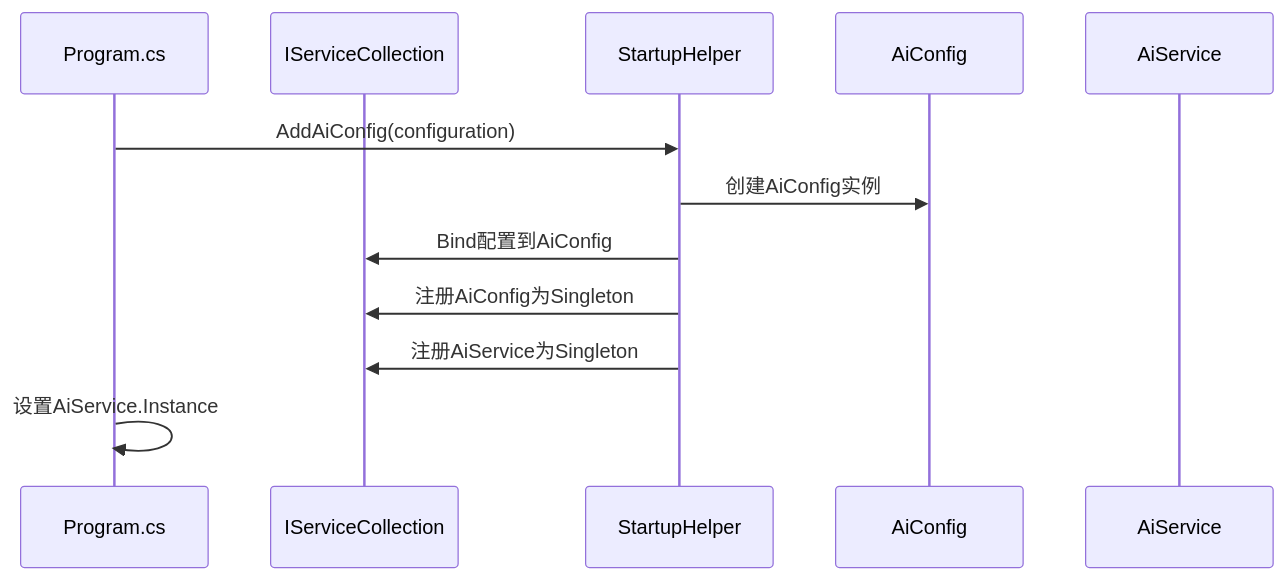
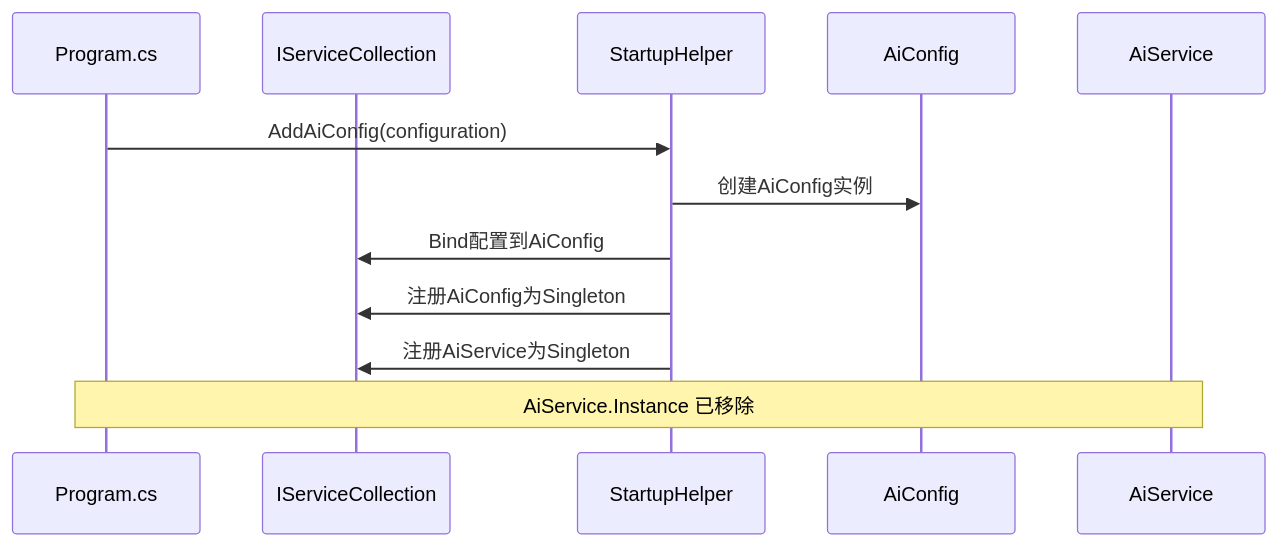
Before and after one commit to Sosososolong/AirGo: the fifth of 6 diagrams in .qoder/repowiki/zh/content/工具库详解/AI服务.md, drawn with Mermaid. The commit also changed other lines of this file and 13 other files, not shown here.

````diff
--- a/.qoder/repowiki/zh/content/工具库详解/AI服务.md
+++ b/.qoder/repowiki/zh/content/工具库详解/AI服务.md
@@ -187,14 +197,14 @@
 ```mermaid
 sequenceDiagram
 participant Program as Program.cs
 participant Services as IServiceCollection
 participant Helper as StartupHelper
 participant Config as AiConfig
 participant AiService as AiService
 Program->>Helper : AddAiConfig(configuration)
 Helper->>Config : 创建AiConfig实例
 Helper->>Services : Bind配置到AiConfig
 Helper->>Services : 注册AiConfig为Singleton
 Helper->>Services : 注册AiService为Singleton
-Program->>Program : 设置AiService.Instance
+Note over Program,AiService : AiService.Instance 已移除
 ```
````
